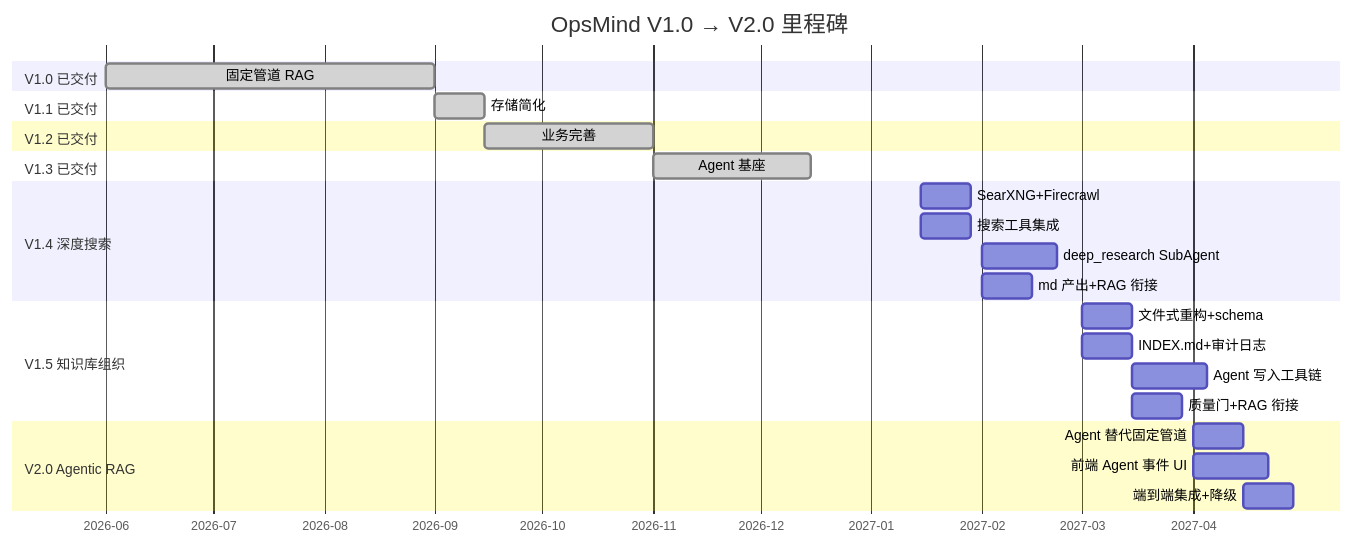
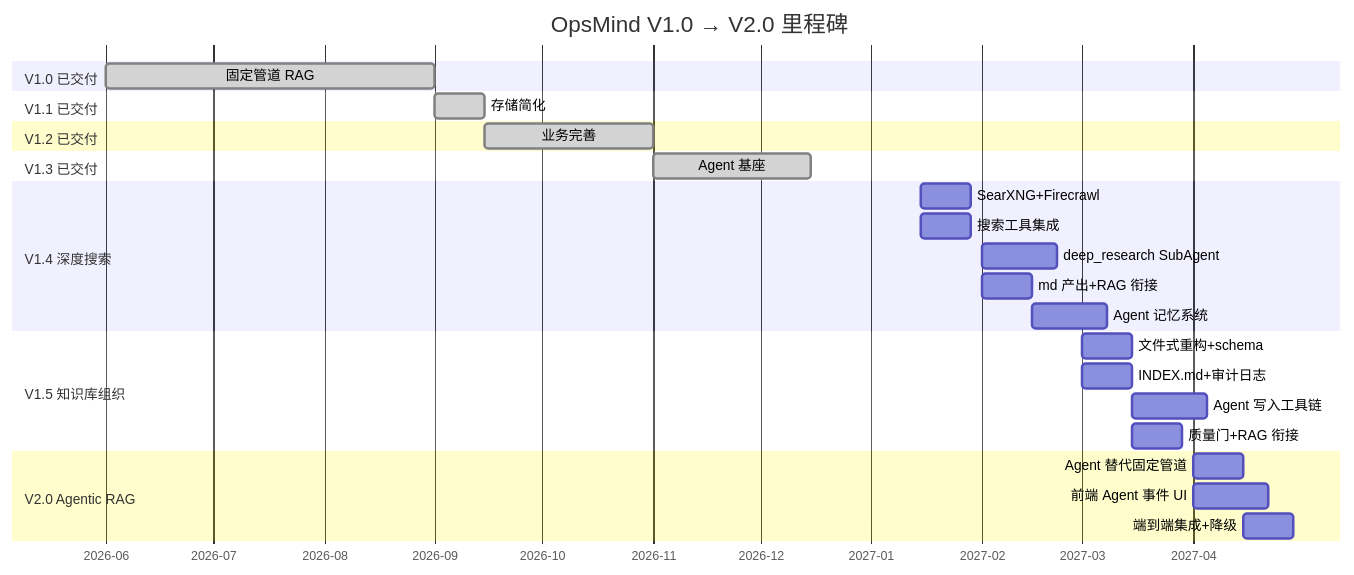
Before and after one commit to int2t05/Cognik: diagram 11 of 11 in docs/ROADMAP.md, drawn with Mermaid. The commit also changed other lines of this file, not shown here.

First line of the commit message:
docs(roadmap): V1.4 新增 Agent 记忆系统 — 两层 + 动态压缩

````diff
--- a/docs/ROADMAP.md
+++ b/docs/ROADMAP.md
@@ -535,35 +582,36 @@
 ```mermaid
 gantt
     title OpsMind V1.0 → V2.0 里程碑
     dateFormat YYYY-MM-DD
     axisFormat %Y-%m
 
     section V1.0 已交付
     固定管道 RAG         :done, v1, 2026-06-01, 2026-09-01
 
     section V1.1 已交付
     存储简化             :done, v11, 2026-09-01, 2026-09-15
 
     section V1.2 已交付
     业务完善             :done, v12, 2026-09-15, 2026-11-01
 
     section V1.3 已交付
     Agent 基座           :done, v13, 2026-11-01, 2026-12-15
 
     section V1.4 深度搜索
     SearXNG+Firecrawl    :v14a, 2027-01-15, 14d
     搜索工具集成          :v14b, 2027-01-15, 14d
     deep_research SubAgent :v14c, 2027-02-01, 21d
     md 产出+RAG 衔接      :v14d, 2027-02-01, 14d
+    Agent 记忆系统       :v14e, 2027-02-15, 21d
 
     section V1.5 知识库组织
     文件式重构+schema    :v15a, 2027-03-01, 14d
     INDEX.md+审计日志    :v15b, 2027-03-01, 14d
     Agent 写入工具链     :v15c, 2027-03-15, 21d
     质量门+RAG 衔接       :v15d, 2027-03-15, 14d
 
     section V2.0 Agentic RAG
     Agent 替代固定管道    :v20a, 2027-04-01, 14d
     前端 Agent 事件 UI    :v20b, 2027-04-01, 21d
     端到端集成+降级       :v20c, 2027-04-15, 14d
 ```
````
